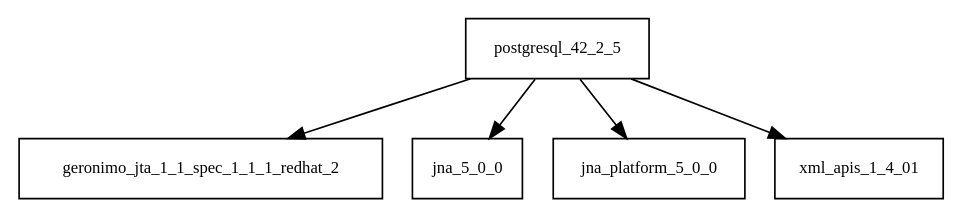
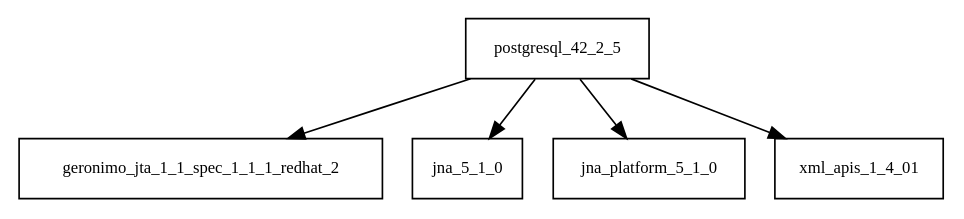
The diagram in tattleTaleReport/graphviz/postgresql-42.2.5.jar/postgresql-42.2.5.jar.dot (Hack23/cia), drawn with Graphviz before and after one commit. The commit also changed 4165 other files, not shown here.

```diff
--- a/tattleTaleReport/graphviz/postgresql-42.2.5.jar/postgresql-42.2.5.jar.dot
+++ b/tattleTaleReport/graphviz/postgresql-42.2.5.jar/postgresql-42.2.5.jar.dot
@@ -1,7 +1,7 @@
 digraph postgresql_42_2_5_dependencies {
   node [shape = box, fontsize=10.0];
   postgresql_42_2_5 -> geronimo_jta_1_1_spec_1_1_1_redhat_2;
-  postgresql_42_2_5 -> jna_5_0_0;
-  postgresql_42_2_5 -> jna_platform_5_0_0;
+  postgresql_42_2_5 -> jna_5_1_0;
+  postgresql_42_2_5 -> jna_platform_5_1_0;
   postgresql_42_2_5 -> xml_apis_1_4_01;
 }
```
